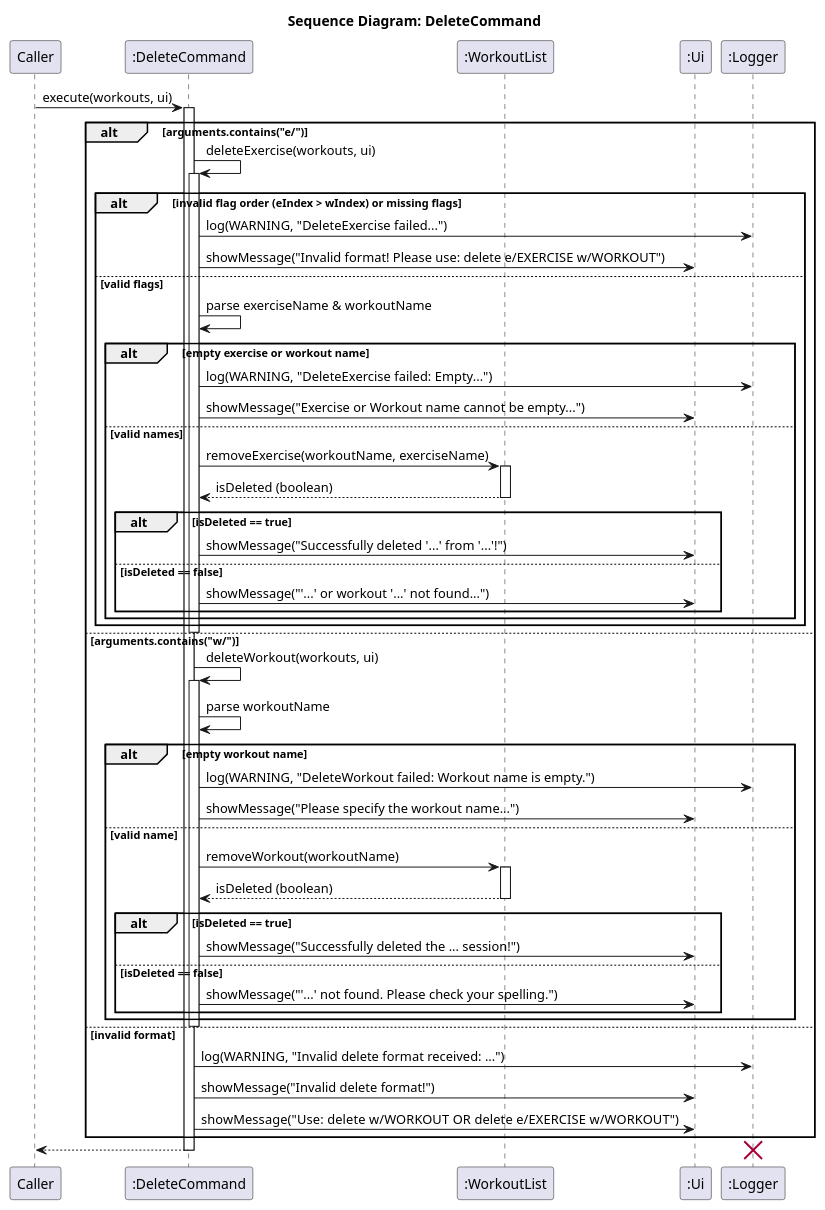
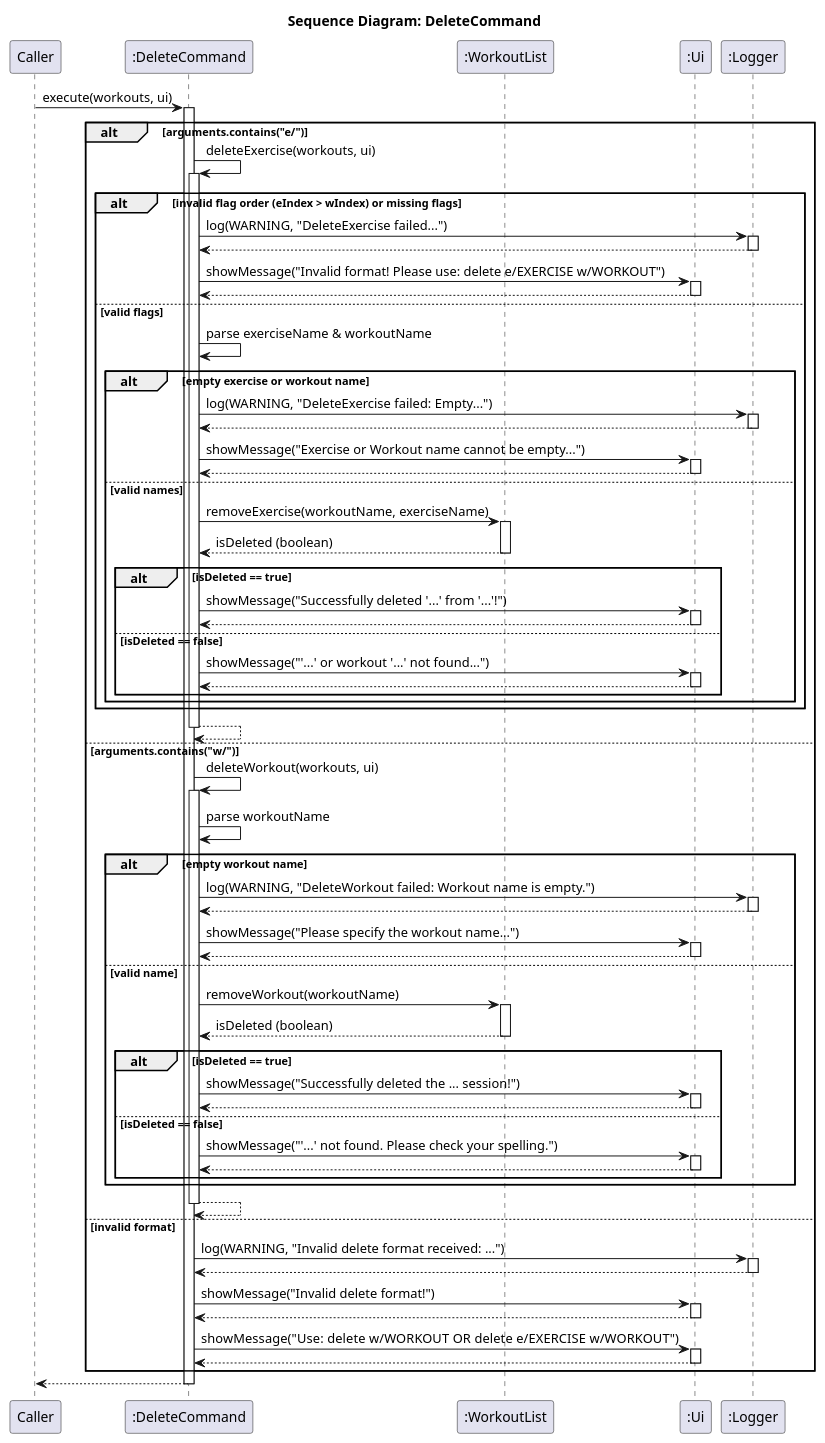
One commit to AY2526S2-CS2113-T05-3/tp changed the diagram in docs/diagrams/commands/delete/deleteSD.puml. Above: the diagram before and after it, drawn with PlantUML. The commit also changed 2 other files, not shown here.

```diff
--- a/docs/diagrams/commands/delete/deleteSD.puml
+++ b/docs/diagrams/commands/delete/deleteSD.puml
@@ -1,74 +1,122 @@
 @startuml
 title Sequence Diagram: DeleteCommand
 
 participant "Caller" as Caller
 participant ":DeleteCommand" as Command
 participant ":WorkoutList" as WorkoutList
 participant ":Ui" as Ui
 participant ":Logger" as Logger
 
 Caller -> Command : execute(workouts, ui)
 activate Command
 
 alt arguments.contains("e/")
     Command -> Command : deleteExercise(workouts, ui)
     activate Command
 
     alt invalid flag order (eIndex > wIndex) or missing flags
         Command -> Logger : log(WARNING, "DeleteExercise failed...")
+        activate Logger
+        Logger --> Command
+        deactivate Logger
+
         Command -> Ui : showMessage("Invalid format! Please use: delete e/EXERCISE w/WORKOUT")
+        activate Ui
+        Ui --> Command
+        deactivate Ui
+
     else valid flags
         Command -> Command : parse exerciseName & workoutName
 
         alt empty exercise or workout name
             Command -> Logger : log(WARNING, "DeleteExercise failed: Empty...")
+            activate Logger
+            Logger --> Command
+            deactivate Logger
+
             Command -> Ui : showMessage("Exercise or Workout name cannot be empty...")
+            activate Ui
+            Ui --> Command
+            deactivate Ui
+
         else valid names
             Command -> WorkoutList : removeExercise(workoutName, exerciseName)
             activate WorkoutList
             WorkoutList --> Command : isDeleted (boolean)
             deactivate WorkoutList
 
             alt isDeleted == true
                 Command -> Ui : showMessage("Successfully deleted '...' from '...'!")
+                activate Ui
+                Ui --> Command
+                deactivate Ui
             else isDeleted == false
                 Command -> Ui : showMessage("'...' or workout '...' not found...")
+                activate Ui
+                Ui --> Command
+                deactivate Ui
             end
         end
     end
+    Command --> Command
     deactivate Command
 
 else arguments.contains("w/")
     Command -> Command : deleteWorkout(workouts, ui)
     activate Command
 
     Command -> Command : parse workoutName
 
     alt empty workout name
         Command -> Logger : log(WARNING, "DeleteWorkout failed: Workout name is empty.")
+        activate Logger
+        Logger --> Command
+        deactivate Logger
+
         Command -> Ui : showMessage("Please specify the workout name...")
+        activate Ui
+        Ui --> Command
+        deactivate Ui
+
     else valid name
         Command -> WorkoutList : removeWorkout(workoutName)
         activate WorkoutList
         WorkoutList --> Command : isDeleted (boolean)
         deactivate WorkoutList
 
         alt isDeleted == true
             Command -> Ui : showMessage("Successfully deleted the ... session!")
+            activate Ui
+            Ui --> Command
+            deactivate Ui
         else isDeleted == false
             Command -> Ui : showMessage("'...' not found. Please check your spelling.")
+            activate Ui
+            Ui --> Command
+            deactivate Ui
         end
     end
+    Command --> Command
     deactivate Command
 
 else invalid format
     Command -> Logger : log(WARNING, "Invalid delete format received: ...")
+    activate Logger
+    Logger --> Command
+    deactivate Logger
+
     Command -> Ui : showMessage("Invalid delete format!")
+    activate Ui
+    Ui --> Command
+    deactivate Ui
+
     Command -> Ui : showMessage("Use: delete w/WORKOUT  OR  delete e/EXERCISE w/WORKOUT")
+    activate Ui
+    Ui --> Command
+    deactivate Ui
 end
 
 Command --> Caller
-destroy Logger
 deactivate Command
 
 @enduml
```
